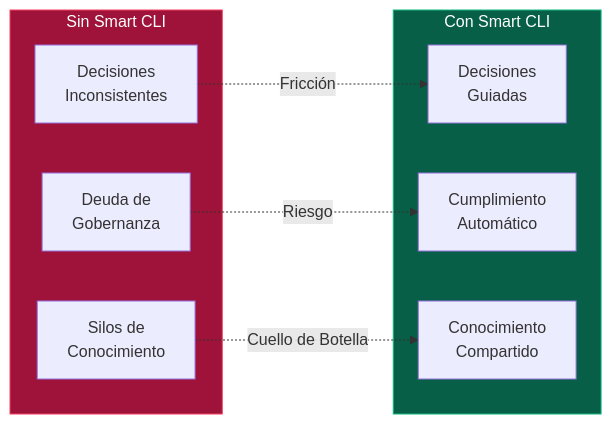
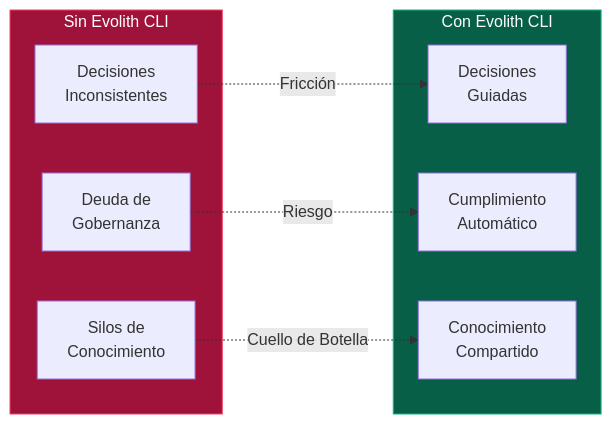
One commit to beyondnetcode/evolith_arch32 changed the third of 8 diagrams in product/products/smart-cli/docs/VISION.es.md. Above: the diagram before and after it, drawn with Mermaid. The commit also changed other lines of this file and 195 other files, not shown here.

First line of the commit message:
refactor(brand): align "Smart CLI" → "Evolith CLI" across docs, code, npm, and assemblies

````diff
--- a/product/products/smart-cli/docs/VISION.es.md
+++ b/product/products/smart-cli/docs/VISION.es.md
@@ -109,21 +109,21 @@
 ```mermaid
 graph LR
-    subgraph Before["Sin Smart CLI"]
+    subgraph Before["Sin Evolith CLI"]
         A1["Decisiones\nInconsistentes"]
         A2["Deuda de\nGobernanza"]
         A3["Silos de\nConocimiento"]
     end
 
-    subgraph After["Con Smart CLI"]
+    subgraph After["Con Evolith CLI"]
         B1["Decisiones\nGuiadas"]
         B2["Cumplimiento\nAutomático"]
         B3["Conocimiento\nCompartido"]
     end
 
     A1 -.->|"Fricción"| B1
     A2 -.->|"Riesgo"| B2
     A3 -.->|"Cuello de Botella"| B3
 
     style Before fill:#9f1239,stroke:#f43f5e,color:#fff
     style After fill:#065f46,stroke:#10b981,color:#fff
 ```
````
